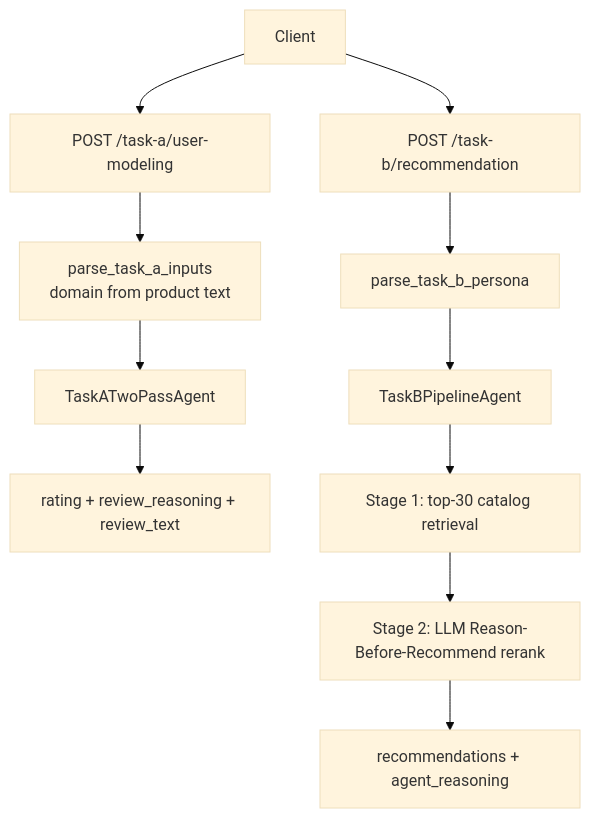
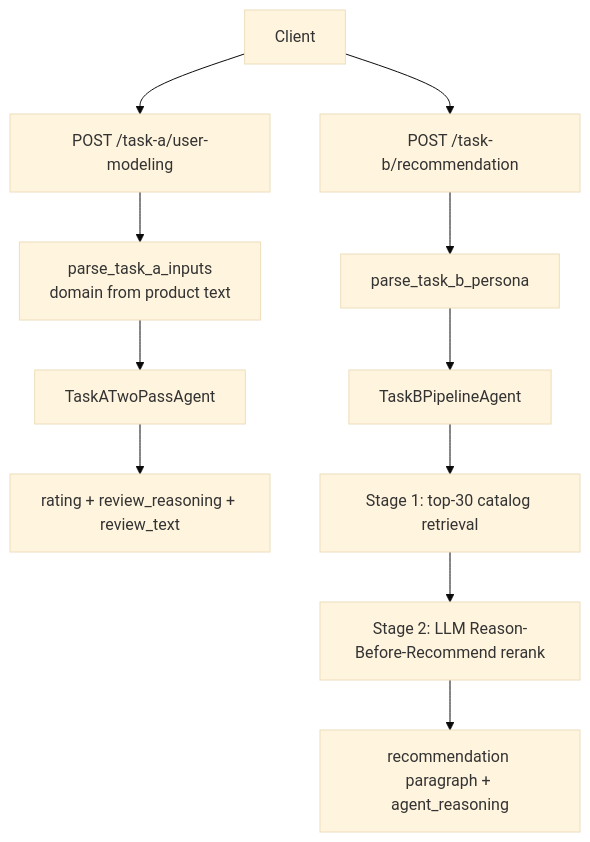
Before and after one commit to taotechs/NaijaSense-AI: the first of 2 diagrams in README.md, drawn with Mermaid (base theme). The commit also changed other lines of this file, not shown here.

Commit message:
docs(readme): document Task B paragraph response format

````diff
--- a/README.md
+++ b/README.md
@@ -66,13 +66,13 @@
 ```mermaid
 flowchart TB
     C[Client] --> TA[POST /task-a/user-modeling]
     C --> TB[POST /task-b/recommendation]
     TA --> P1[parse_task_a_inputs<br/>domain from product text]
     P1 --> A1[TaskATwoPassAgent]
     A1 --> R1[rating + review_reasoning + review_text]
     TB --> P2[parse_task_b_persona]
     P2 --> B1[TaskBPipelineAgent]
     B1 --> S1[Stage 1: top-30 catalog retrieval]
     S1 --> S2[Stage 2: LLM Reason-Before-Recommend rerank]
-    S2 --> R2[recommendations + agent_reasoning]
+    S2 --> R2[recommendation paragraph + agent_reasoning]
 ```
````
